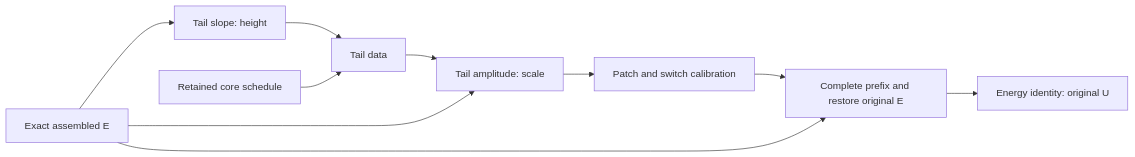
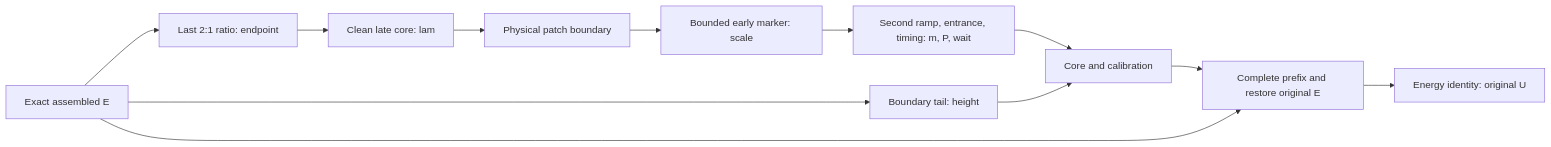
Before and after one commit to starbrite-j/field-recovery-lab: the diagram in README.md, drawn with Mermaid. The commit also changed other lines of this file and 25 other files, not shown here.

First line of the commit message:
Recover the unknown core from exact assembled angular observations

````diff
--- a/README.md
+++ b/README.md
@@ -26,12 +32,14 @@
 ```mermaid
 flowchart LR
-  E["Exact assembled E"] --> H["Tail slope: height"]
-  H --> D["Tail data"]
-  C["Retained core schedule"] --> D
-  D --> R["Tail amplitude: scale"]
-  E --> R
-  R --> K["Patch and switch calibration"]
+  E["Exact assembled E"] --> T["Last 2:1 ratio: endpoint"]
+  T --> L["Clean late core: lam"]
+  L --> R["Physical patch boundary"]
+  R --> S["Bounded early marker: scale"]
+  S --> C["Second ramp, entrance, timing: m, P, wait"]
+  C --> K["Core and calibration"]
+  E --> H["Boundary tail: height"]
+  H --> K
   K --> F["Complete prefix and restore original E"]
   E --> F
   F --> U["Energy identity: original U"]
 ```
````
